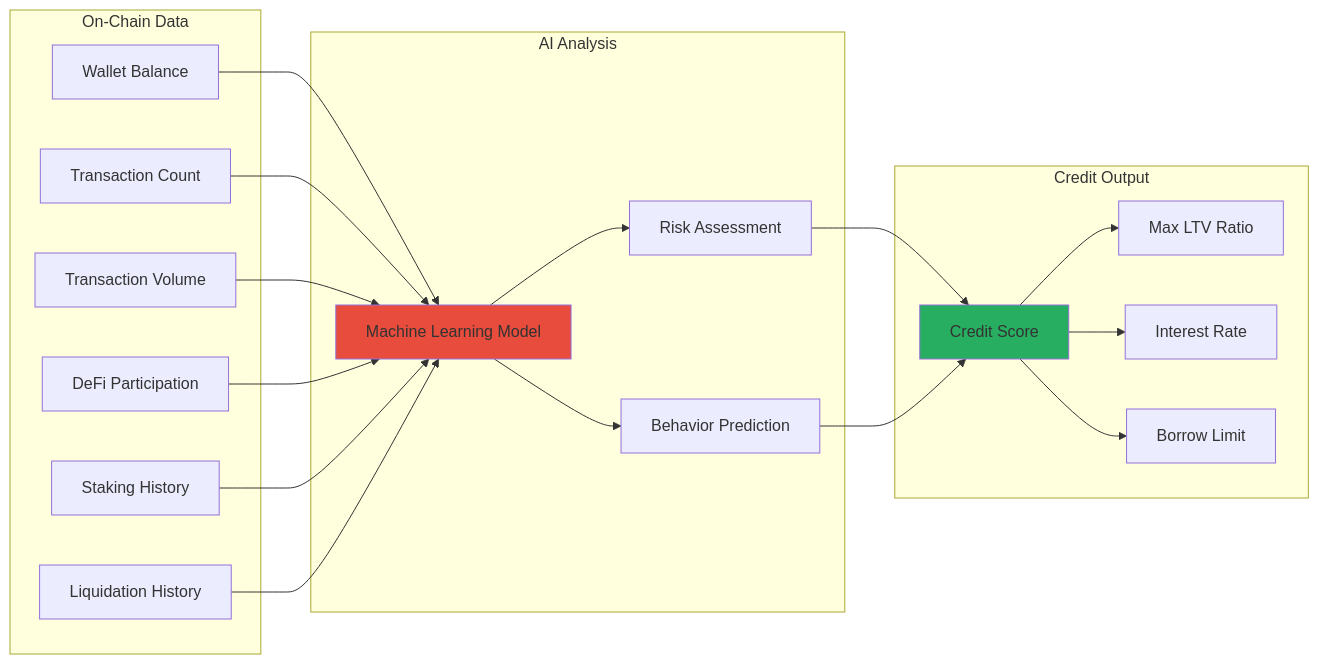
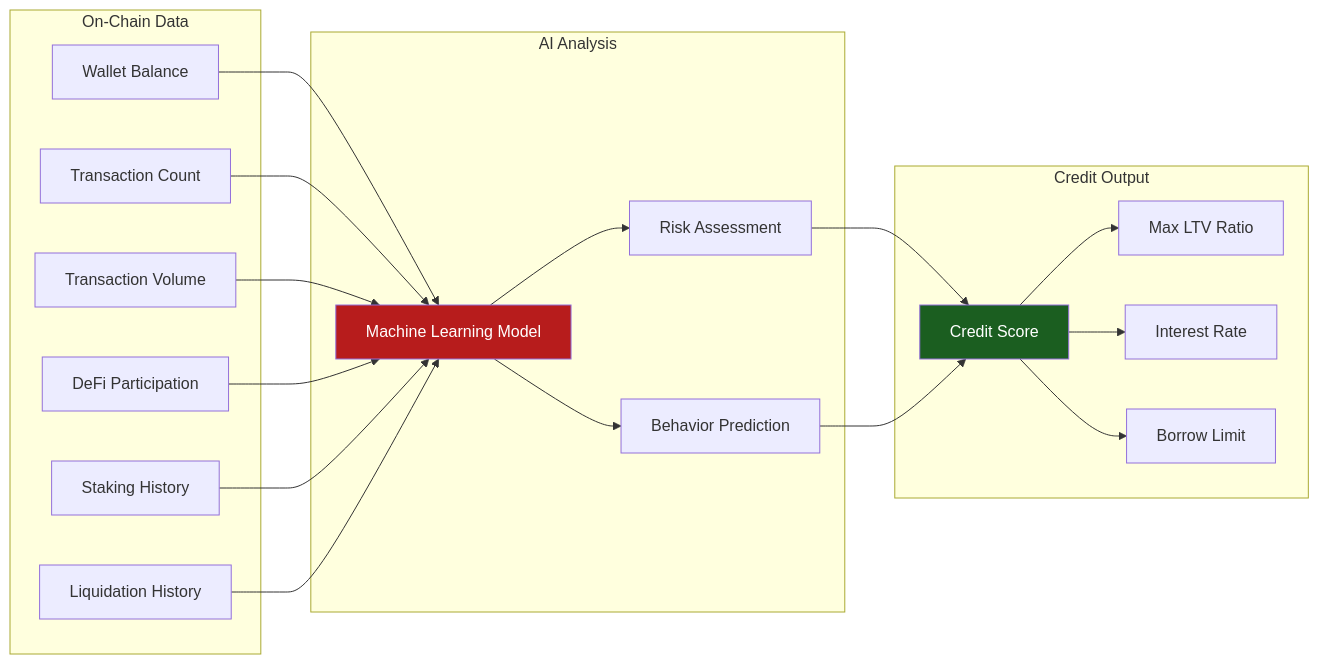
Before and after one commit to abhishek-01k/crosschaindefi: the third of 4 diagrams in README.md, drawn with Mermaid. The commit also changed other lines of this file, not shown here.

````diff
--- a/README.md
+++ b/README.md
@@ -189,44 +189,44 @@
 ```mermaid
 graph LR
     subgraph "On-Chain Data"
         BAL[Wallet Balance]
         TXN[Transaction Count]
         VOL[Transaction Volume]
         DEFI[DeFi Participation]
         STAKE[Staking History]
         LIQ[Liquidation History]
     end
 
     subgraph "AI Analysis"
         ML[Machine Learning Model]
         RISK[Risk Assessment]
         PRED[Behavior Prediction]
     end
 
     subgraph "Credit Output"
         SCORE[Credit Score]
         LTV[Max LTV Ratio]
         RATE[Interest Rate]
         LIMIT[Borrow Limit]
     end
 
     BAL --> ML
     TXN --> ML
     VOL --> ML
     DEFI --> ML
     STAKE --> ML
     LIQ --> ML
 
     ML --> RISK
     ML --> PRED
     
     RISK --> SCORE
     PRED --> SCORE
     
     SCORE --> LTV
     SCORE --> RATE
     SCORE --> LIMIT
 
-    style ML fill:#e74c3c
-    style SCORE fill:#27ae60
+    style ML fill:#b71c1c,color:#ffffff
+    style SCORE fill:#1b5e20,color:#ffffff
 ```
````
